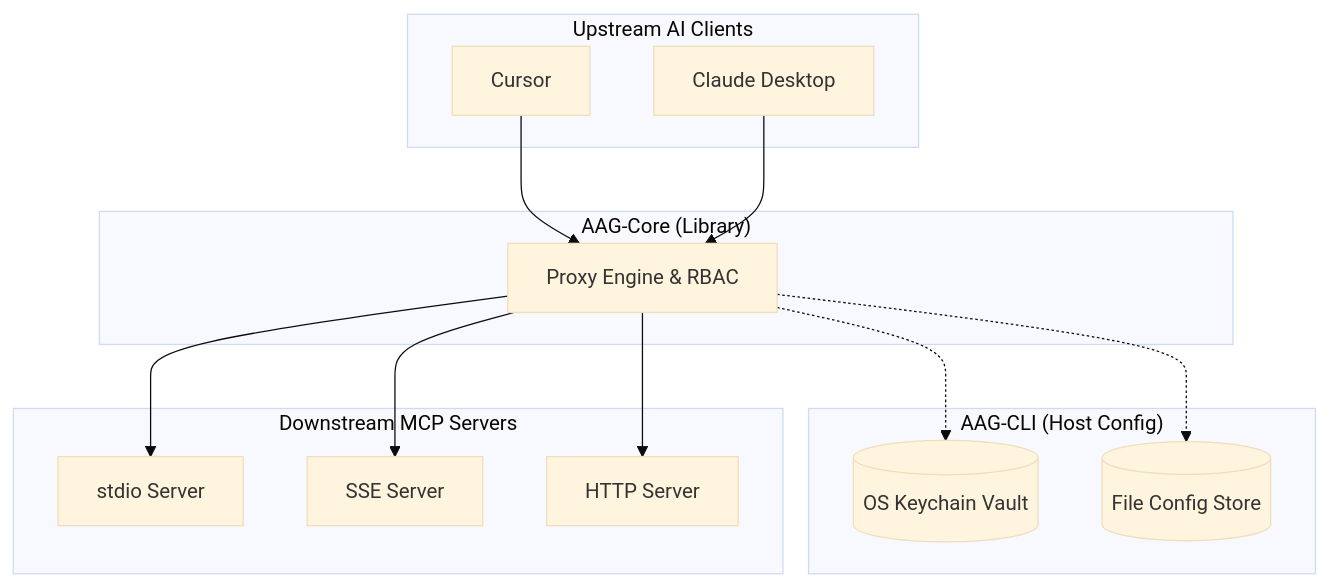
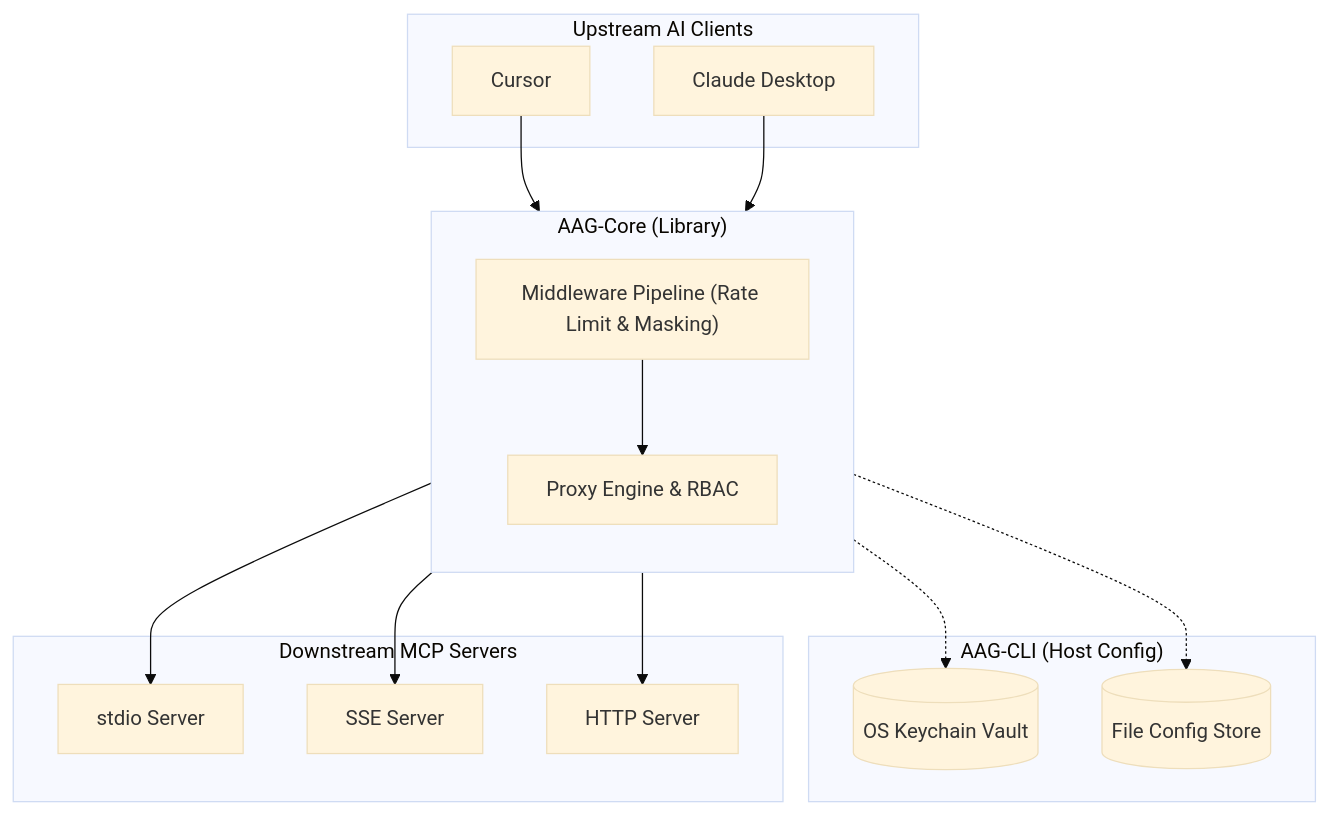
Before and after one commit to Cyber-Sec-Space/ai-auth-gateway: the first of 3 diagrams in ARCHITECTURE.md, drawn with Mermaid (base theme). The commit also changed 3 other files, not shown here.

Commit message:
docs: upgrade architecture flowcharts and sample config for v1.0.8

````diff
--- a/ARCHITECTURE.md
+++ b/ARCHITECTURE.md
@@ -11,32 +11,35 @@
 ```mermaid
 flowchart TD
     subgraph client ["Upstream AI Clients"]
         cursor["Cursor"]
         claude["Claude Desktop"]
     end
 
     subgraph cli ["AAG-CLI (Host Config)"]
         vault[("OS Keychain Vault")]
         config[("File Config Store")]
     end
 
     subgraph gateway ["AAG-Core (Library)"]
+        direction TB
+        mid["Middleware Pipeline (Rate Limit & Masking)"]
         proxy["Proxy Engine & RBAC"]
     end
 
     subgraph downstream ["Downstream MCP Servers"]
         local_s["stdio Server"]
         github_s["SSE Server"]
         remote_s["HTTP Server"]
     end
 
-    cursor --> proxy
-    claude --> proxy
+    cursor --> mid
+    claude --> mid
+    mid --> proxy
 
     proxy --> local_s
     proxy --> github_s
     proxy --> remote_s
 
     proxy -.-> config
     proxy -.-> vault
 ```
````
